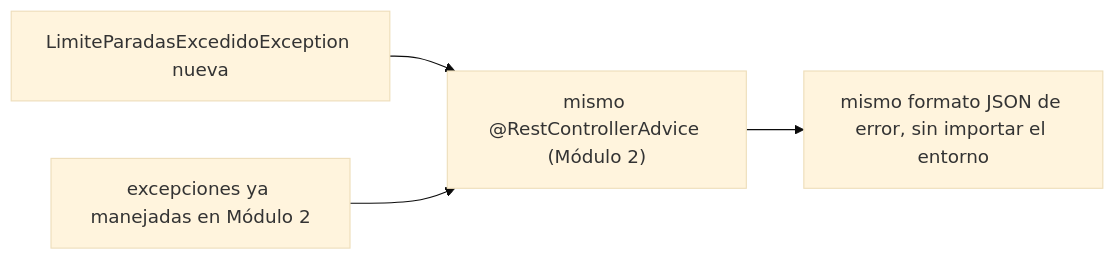
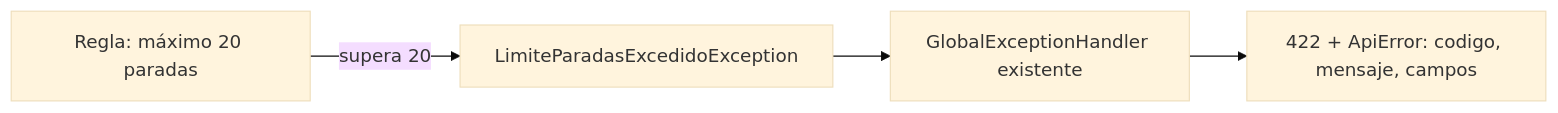
One commit to NICORUIZ93/The_Imperial_Book changed the third of 3 diagrams in web/public/content/spring-boot/modulo-5.md. Above: the diagram before and after it, drawn with Mermaid (base theme). The commit also changed other lines of this file and 12 other files, not shown here.

Commit message:
Rewrite Spring Boot global error handling lesson

````diff
--- a/web/public/content/spring-boot/modulo-5.md
+++ b/web/public/content/spring-boot/modulo-5.md
@@ -334,6 +318,6 @@
 ```mermaid
 flowchart LR
-  A[LimiteParadasExcedidoException nueva] --> B["mismo @RestControllerAdvice (Módulo 2)"]
-  C[excepciones ya manejadas en Módulo 2] --> B
-  B --> D[mismo formato JSON de error, sin importar el entorno]
+  A["Regla: máximo 20 paradas"] -->|supera 20| B[LimiteParadasExcedidoException]
+  B --> C[GlobalExceptionHandler existente]
+  C --> D["422 + ApiError: codigo, mensaje, campos"]
 ```
````
